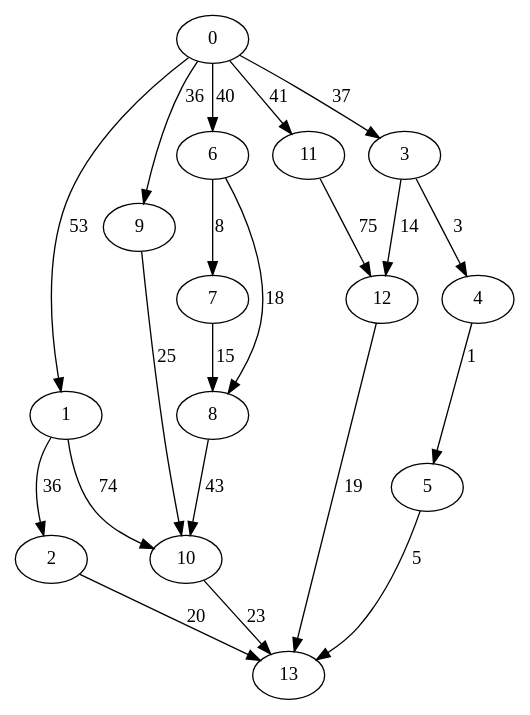
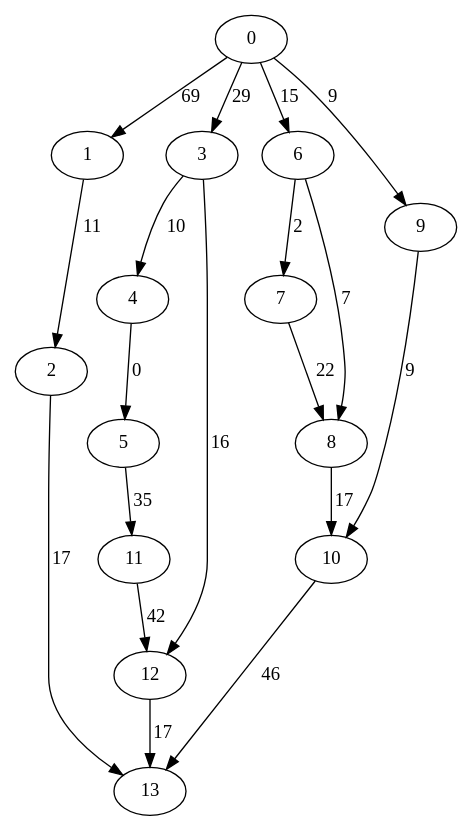
The diagram in dotfiles/data3.dot (asaloniti/DagScheduling_old), drawn with Graphviz before and after one commit. The commit also changed 26 other files, not shown here.

```diff
--- a/dotfiles/data3.dot
+++ b/dotfiles/data3.dot
@@ -1,22 +1,20 @@
 digraph data3 {
-0 -> 1 [ label = 53 ];
-0 -> 3 [ label = 37 ];
-0 -> 6 [ label = 40 ];
-0 -> 9 [ label = 36 ];
-0 -> 11 [ label = 41 ];
-1 -> 2 [ label = 36 ];
-1 -> 10 [ label = 74 ];
-2 -> 13 [ label = 20 ];
-3 -> 4 [ label = 3 ];
-3 -> 12 [ label = 14 ];
-4 -> 5 [ label = 1 ];
-5 -> 13 [ label = 5 ];
-6 -> 7 [ label = 8 ];
-6 -> 8 [ label = 18 ];
-7 -> 8 [ label = 15 ];
-8 -> 10 [ label = 43 ];
-9 -> 10 [ label = 25 ];
-10 -> 13 [ label = 23 ];
-11 -> 12 [ label = 75 ];
-12 -> 13 [ label = 19 ];
+0 -> 1 [ label = 69 ];
+0 -> 3 [ label = 29 ];
+0 -> 6 [ label = 15 ];
+0 -> 9 [ label = 9 ];
+1 -> 2 [ label = 11 ];
+2 -> 13 [ label = 17 ];
+3 -> 4 [ label = 10 ];
+3 -> 12 [ label = 16 ];
+4 -> 5 [ label = 0 ];
+5 -> 11 [ label = 35 ];
+6 -> 7 [ label = 2 ];
+6 -> 8 [ label = 7 ];
+7 -> 8 [ label = 22 ];
+8 -> 10 [ label = 17 ];
+9 -> 10 [ label = 9 ];
+10 -> 13 [ label = 46 ];
+11 -> 12 [ label = 42 ];
+12 -> 13 [ label = 17 ];
  }
```
